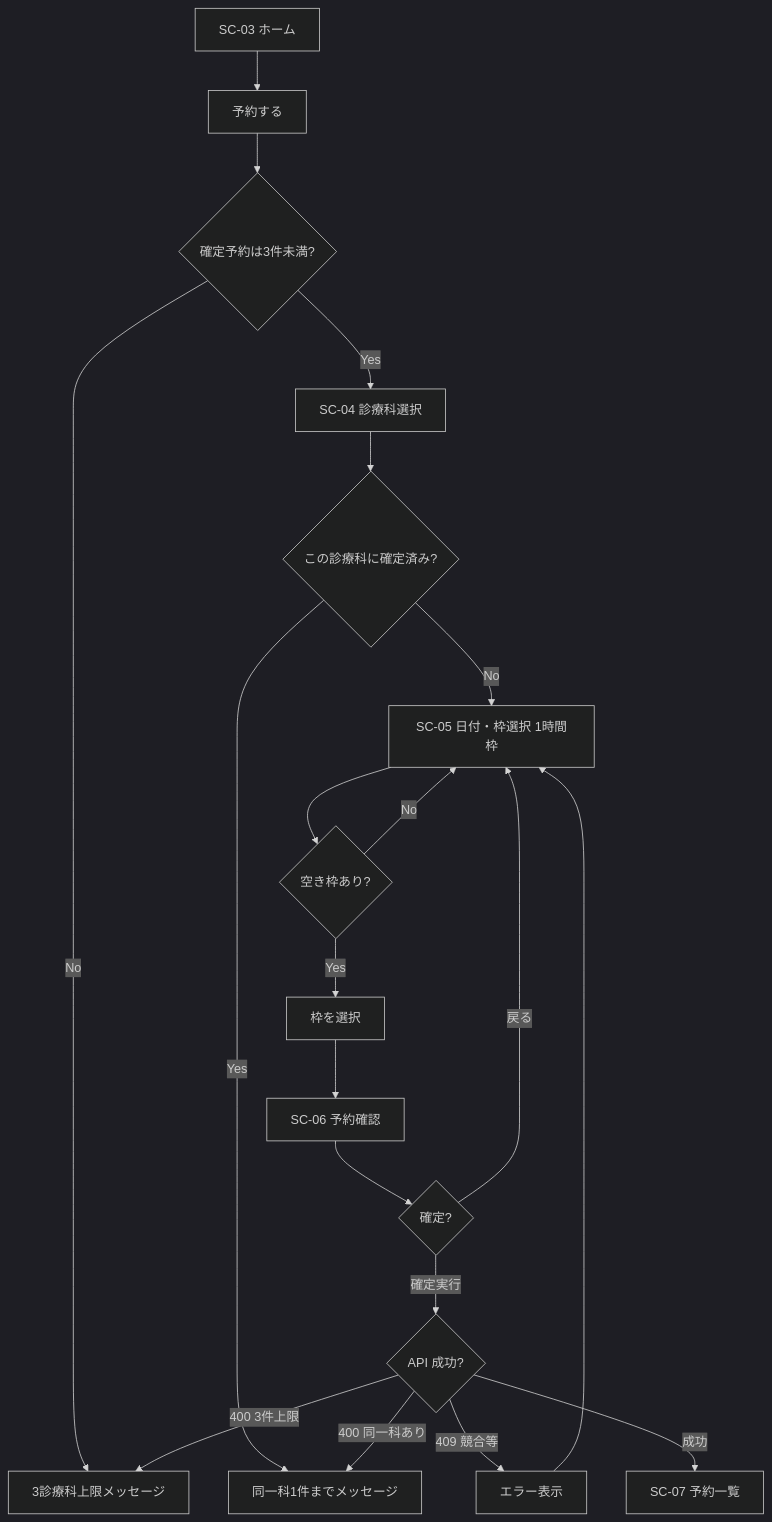
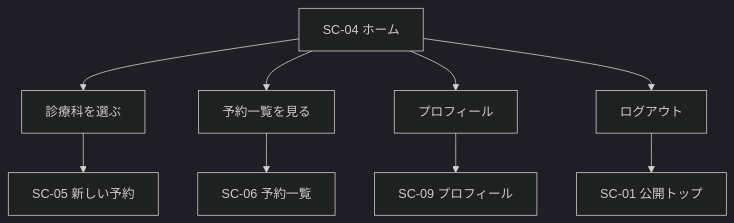
Before and after one commit to ryoga0/Calendar: the third of 8 diagrams in docs/04_画面フロー図.md, drawn with Mermaid (dark theme). The commit also changed other lines of this file and 50 other files, not shown here.

````diff
--- a/docs/04_画面フロー図.md
+++ b/docs/04_画面フロー図.md
@@ -78,22 +78,11 @@
 ```mermaid
 flowchart TD
-  Start[SC-03 ホーム] --> A[予約する]
-  A --> LIM3{確定予約は3件未満?}
-  LIM3 -->|No| MSG3[3診療科上限メッセージ]
-  LIM3 -->|Yes| B[SC-04 診療科選択]
-  B --> DUP{この診療科に確定済み?}
-  DUP -->|Yes| MSG1[同一科1件までメッセージ]
-  DUP -->|No| C[SC-05 日付・枠選択 1時間枠]
-  C --> D{空き枠あり?}
-  D -->|No| C
-  D -->|Yes| E[枠を選択]
-  E --> F[SC-06 予約確認]
-  F --> G{確定?}
-  G -->|戻る| C
-  G -->|確定実行| H{API 成功?}
-  H -->|409 競合等| I[エラー表示]
-  I --> C
-  H -->|400 同一科あり| MSG1
-  H -->|400 3件上限| MSG3
-  H -->|成功| J[SC-07 予約一覧]
+  H[SC-04 ホーム] --> B1[診療科を選ぶ]
+  H --> B2[予約一覧を見る]
+  H --> B3[プロフィール]
+  H --> B4[ログアウト]
+  B1 --> N[SC-05 新しい予約]
+  B2 --> L[SC-06 予約一覧]
+  B3 --> P[SC-09 プロフィール]
+  B4 --> T[SC-01 公開トップ]
 ```
````
